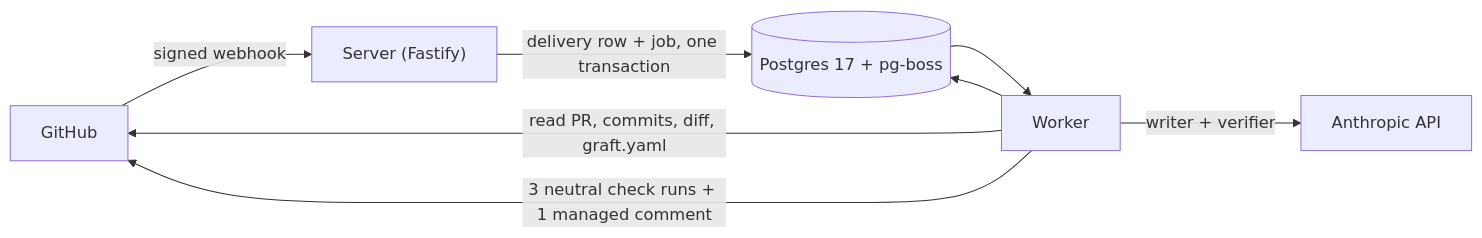
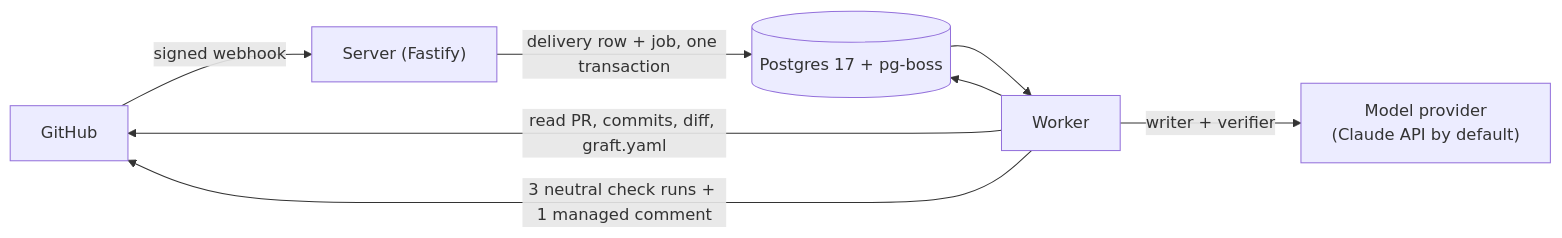
Before and after one commit to mmornati/graft: the first of 2 diagrams in README.md, drawn with Mermaid. The commit also changed other lines of this file and 14 other files, not shown here.

First line of the commit message:
Add a guide to choosing and installing a model provider

````diff
--- a/README.md
+++ b/README.md
@@ -42,10 +43,10 @@
 ```mermaid
 flowchart LR
     GH["GitHub"] -->|"signed webhook"| SRV["Server (Fastify)"]
     SRV -->|"delivery row + job, one transaction"| PG[("Postgres 17 + pg-boss")]
     PG --> WRK["Worker"]
     WRK -->|"read PR, commits, diff, graft.yaml"| GH
-    WRK -->|"writer + verifier"| AI["Anthropic API"]
+    WRK -->|"writer + verifier"| AI["Model provider<br/>(Claude API by default)"]
     WRK -->|"3 neutral check runs + 1 managed comment"| GH
     WRK --> PG
 ```
````
